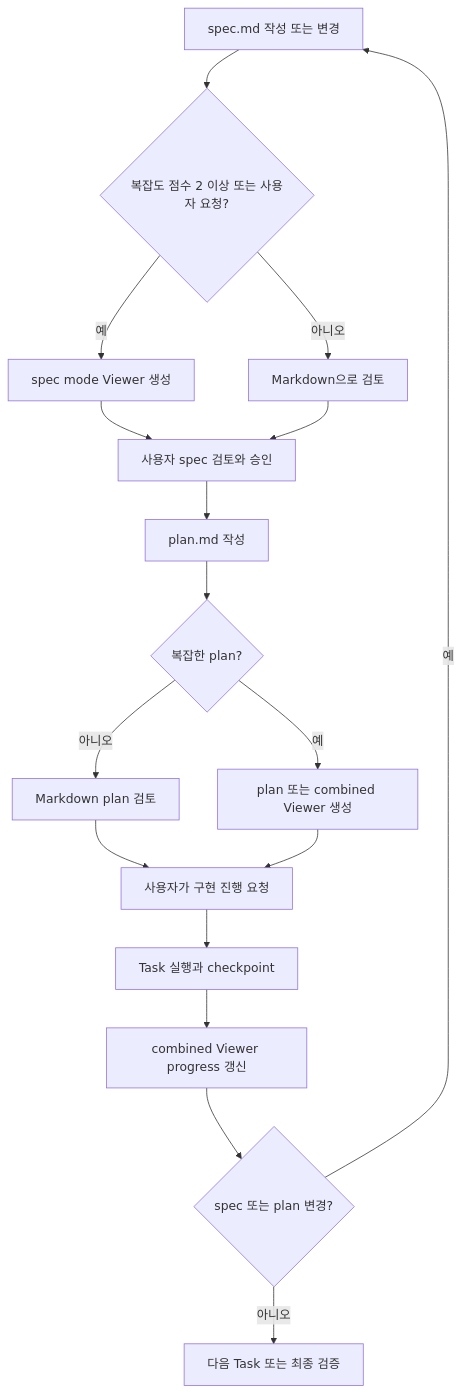
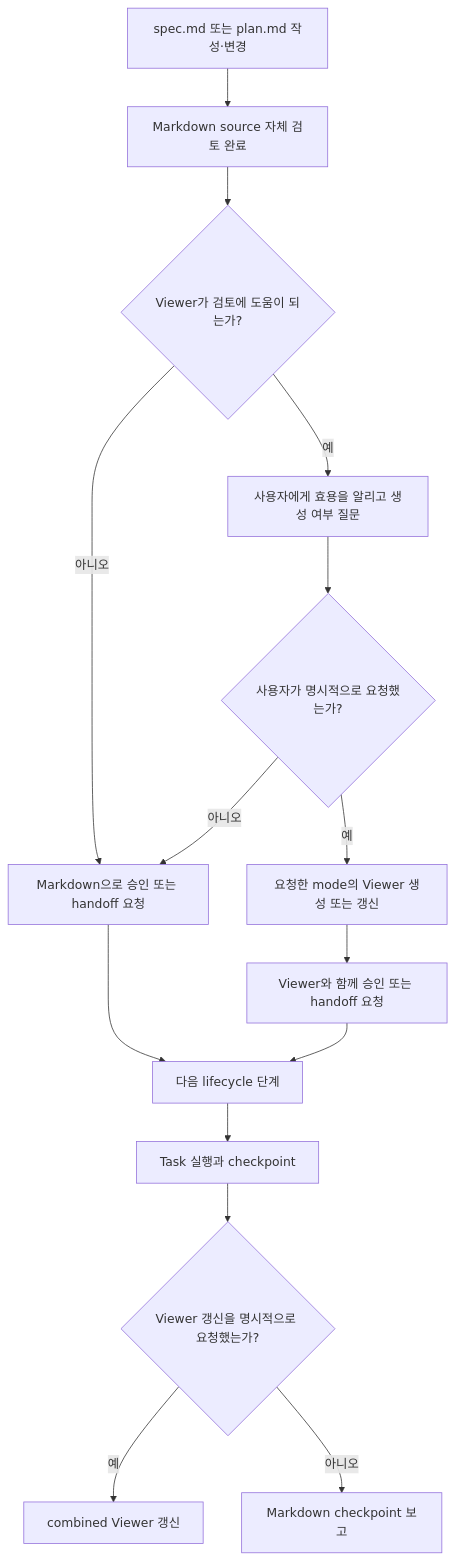
The first of 3 diagrams in docs/specs/002-lifecycle-review-viewer/spec.md (hope1026/aiagent-plugins), drawn with Mermaid before and after one commit. The commit also changed other lines of this file and 5 other files, not shown here.

````diff
--- a/docs/specs/002-lifecycle-review-viewer/spec.md
+++ b/docs/specs/002-lifecycle-review-viewer/spec.md
@@ -131,19 +133,17 @@
 ```mermaid
 flowchart TD
-    A[spec.md 작성 또는 변경] --> B{복잡도 점수 2 이상 또는 사용자 요청?}
-    B -- 아니오 --> C[Markdown으로 검토]
-    B -- 예 --> D[spec mode Viewer 생성]
-    D --> E[사용자 spec 검토와 승인]
-    C --> E
-    E --> F[plan.md 작성]
-    F --> G{복잡한 plan?}
-    G -- 아니오 --> H[Markdown plan 검토]
-    G -- 예 --> I[plan 또는 combined Viewer 생성]
-    H --> J[사용자가 구현 진행 요청]
-    I --> J
-    J --> K[Task 실행과 checkpoint]
-    K --> L[combined Viewer progress 갱신]
-    L --> M{spec 또는 plan 변경?}
-    M -- 예 --> A
-    M -- 아니오 --> N[다음 Task 또는 최종 검증]
+    A[spec.md 또는 plan.md 작성·변경] --> B[Markdown source 자체 검토 완료]
+    B --> C{Viewer가 검토에 도움이 되는가?}
+    C -- 예 --> D[사용자에게 효용을 알리고 생성 여부 질문]
+    C -- 아니오 --> E[Markdown으로 승인 또는 handoff 요청]
+    D --> F{사용자가 명시적으로 요청했는가?}
+    F -- 예 --> G[요청한 mode의 Viewer 생성 또는 갱신]
+    F -- 아니오 --> E
+    G --> H[Viewer와 함께 승인 또는 handoff 요청]
+    E --> I[다음 lifecycle 단계]
+    H --> I
+    I --> J[Task 실행과 checkpoint]
+    J --> K{Viewer 갱신을 명시적으로 요청했는가?}
+    K -- 예 --> L[combined Viewer 갱신]
+    K -- 아니오 --> M[Markdown checkpoint 보고]
 ```
````
